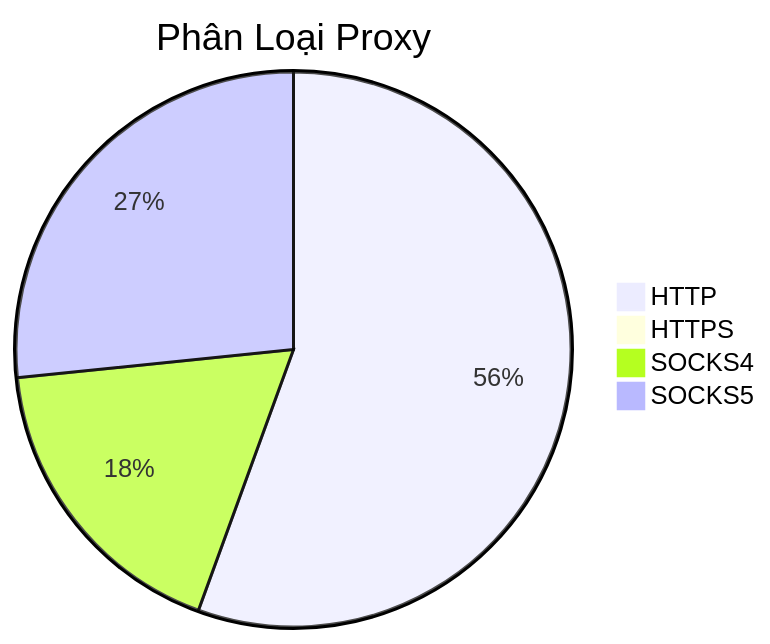
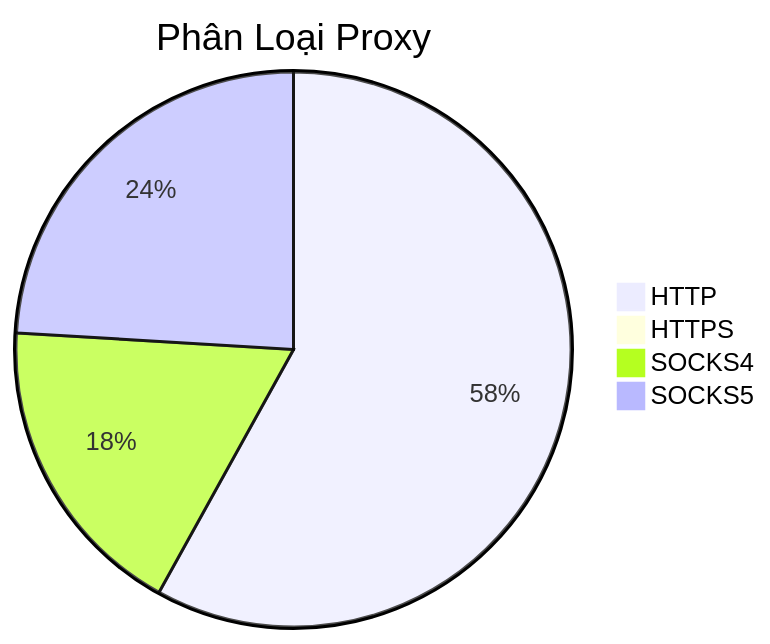
One commit to Ciara-12/PROXY-free changed the diagram in README.md. Above: the diagram before and after it, drawn with Mermaid. The commit also changed other lines of this file and 4 other files, not shown here.

````diff
--- a/README.md
+++ b/README.md
@@ -26,7 +26,7 @@
 ```mermaid
 pie title Phân Loại Proxy
-    "HTTP" : 764
-    "HTTPS" : 0
-    "SOCKS4" : 245
-    "SOCKS5" : 366
+    "HTTP" : 898
+    "HTTPS" : 1
+    "SOCKS4" : 277
+    "SOCKS5" : 372
 ```
````
